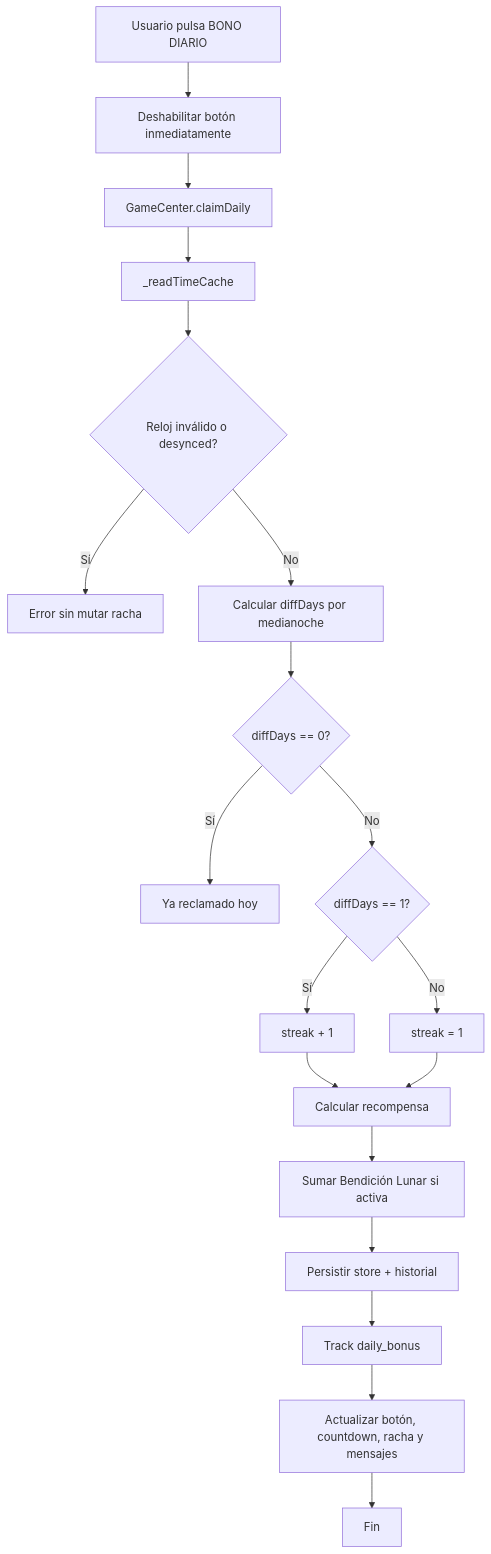
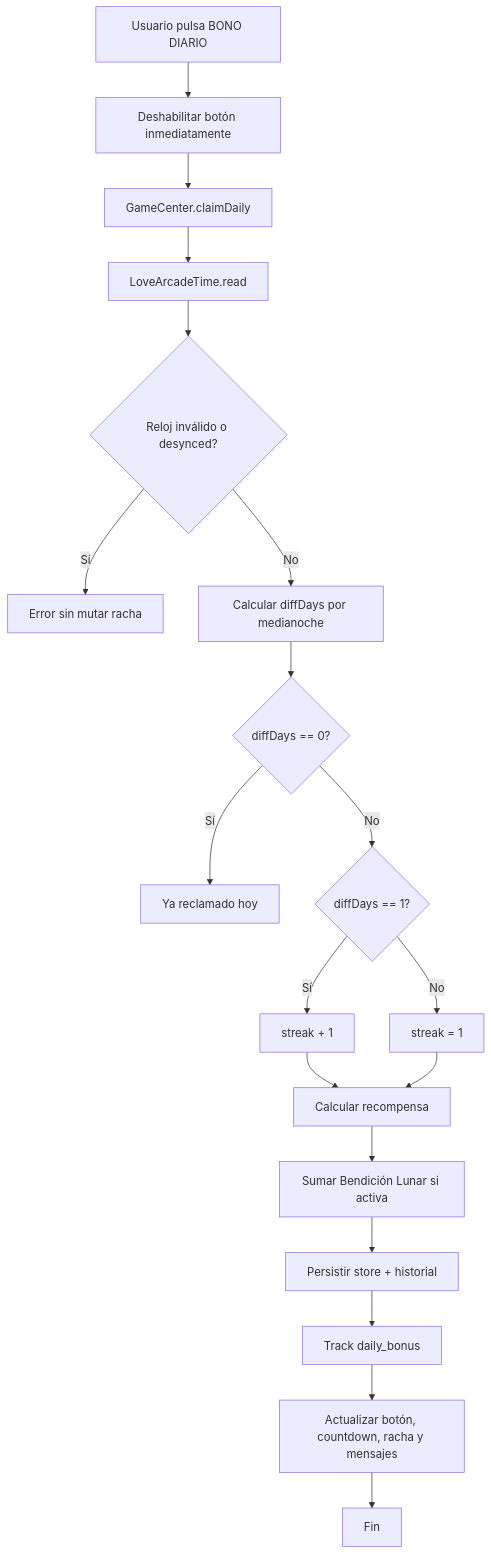
One commit to LILITHNCL/love_arcade changed the diagram in docs/sistema-racha-diaria.md. Above: the diagram before and after it, drawn with Mermaid. The commit also changed other lines of this file and 63 other files, not shown here.

````diff
--- a/docs/sistema-racha-diaria.md
+++ b/docs/sistema-racha-diaria.md
@@ -390,21 +393,21 @@
 ```mermaid
 flowchart TD
   A[Usuario pulsa BONO DIARIO] --> B[Deshabilitar botón inmediatamente]
   B --> C[GameCenter.claimDaily]
-  C --> D[_readTimeCache]
+  C --> D[LoveArcadeTime.read]
   D --> E{Reloj inválido o desynced?}
   E -- Sí --> F[Error sin mutar racha]
   E -- No --> G[Calcular diffDays por medianoche]
   G --> H{diffDays == 0?}
   H -- Sí --> I[Ya reclamado hoy]
   H -- No --> J{diffDays == 1?}
   J -- Sí --> K[streak + 1]
   J -- No --> L[streak = 1]
   K --> M[Calcular recompensa]
   L --> M
   M --> N[Sumar Bendición Lunar si activa]
   N --> O[Persistir store + historial]
   O --> P[Track daily_bonus]
   P --> Q[Actualizar botón, countdown, racha y mensajes]
   Q --> R[Fin]
 ```
````
